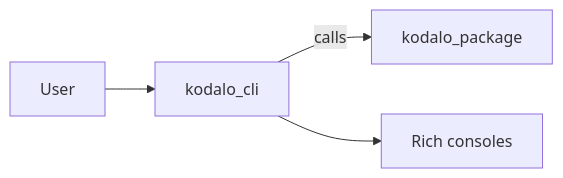
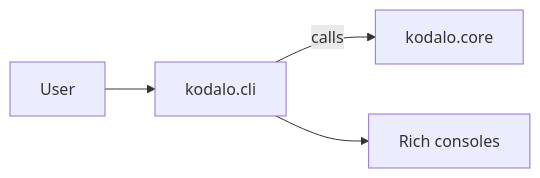
Before and after one commit to coldsofttech/Kodalo: the third of 4 diagrams in docs/architecture.md, drawn with Mermaid. The commit also changed other lines of this file and 591 other files, not shown here.

````diff
--- a/docs/architecture.md
+++ b/docs/architecture.md
@@ -49,6 +120,6 @@
 ```mermaid
 flowchart LR
-    U[User] --> C[kodalo_cli]
-    C -->|calls| L[kodalo_package]
+    U[User] --> C[kodalo.cli]
+    C -->|calls| L[kodalo.core]
     C --> O[Rich consoles]
 ```
````
